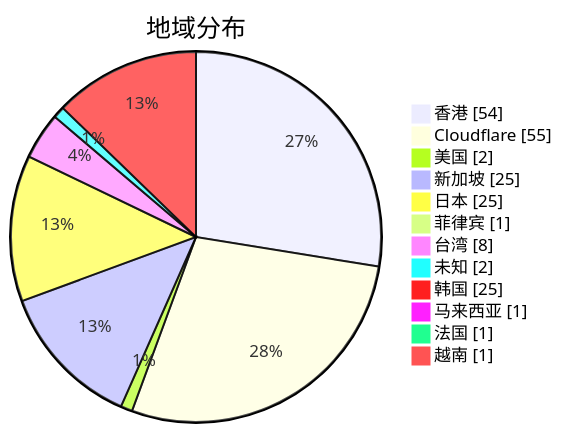
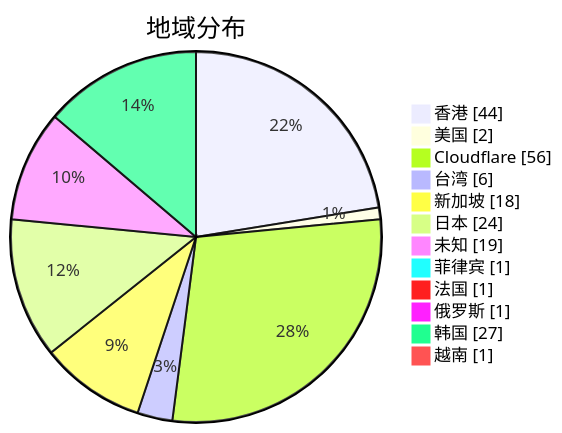
One commit to qjlxg/airport changed the second of 3 diagrams in subs/statistics/tested_within.md. Above: the diagram before and after it, drawn with Mermaid. The commit also changed other lines of this file and 2 other files, not shown here.

````diff
--- a/subs/statistics/tested_within.md
+++ b/subs/statistics/tested_within.md
@@ -12,16 +12,16 @@
 ```mermaid
 pie showData
 title 地域分布
-"香港" : 54
-"Cloudflare" : 55
+"香港" : 44
 "美国" : 2
-"新加坡" : 25
-"日本" : 25
+"Cloudflare" : 56
+"台湾" : 6
+"新加坡" : 18
+"日本" : 24
+"未知" : 19
 "菲律宾" : 1
-"台湾" : 8
-"未知" : 2
-"韩国" : 25
-"马来西亚" : 1
 "法国" : 1
+"俄罗斯" : 1
+"韩国" : 27
 "越南" : 1
 ```
````
